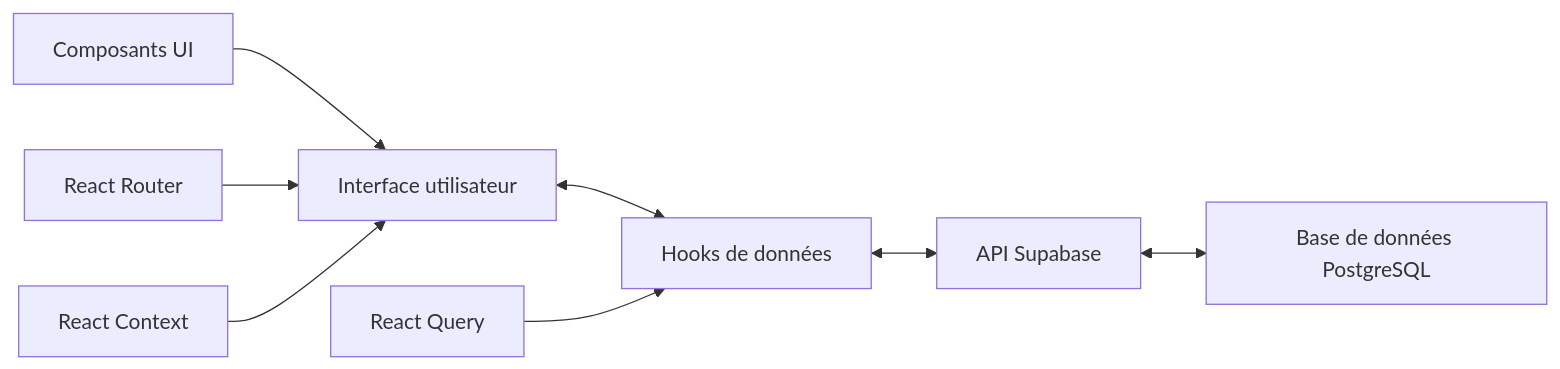
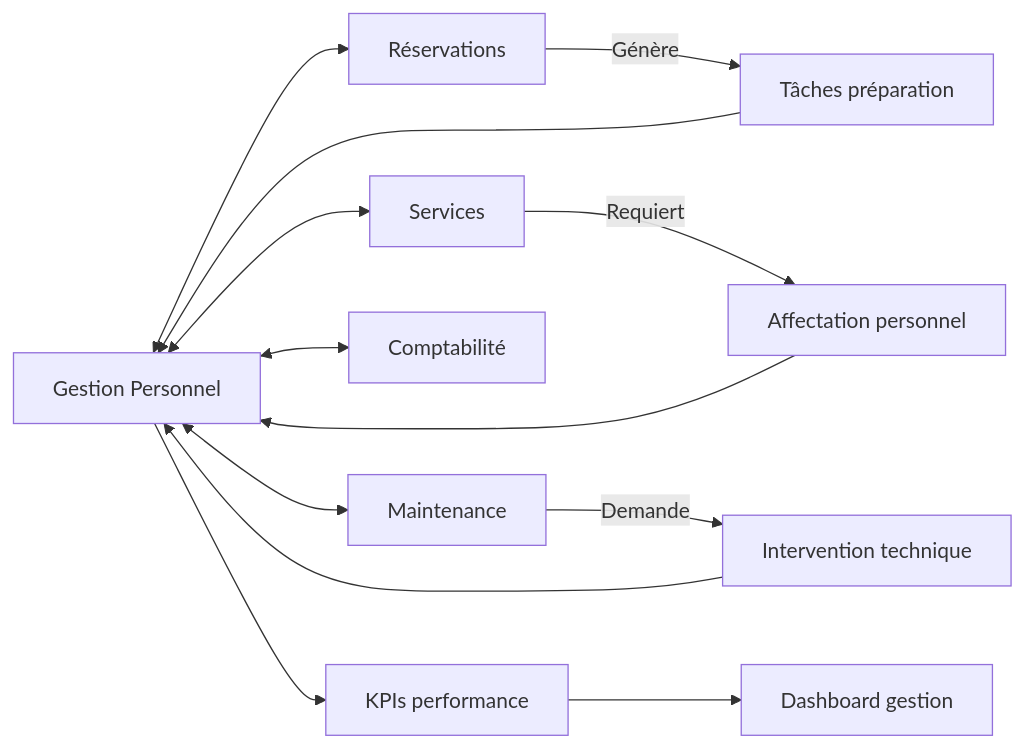
The fifth of 5 diagrams in src/docs/SystemWorkflow.md (IA-Marketings-Team/hotel-mate-systems), drawn with Mermaid before and after one commit. The commit also changed other lines of this file and 9 other files, not shown here.

````diff
--- a/src/docs/SystemWorkflow.md
+++ b/src/docs/SystemWorkflow.md
@@ -207,11 +133,18 @@
 ```mermaid
 flowchart LR
-    A[Interface utilisateur] <--> B[Hooks de données]
-    B <--> C[API Supabase]
-    C <--> D[Base de données PostgreSQL]
+    A[Gestion Personnel] <--> B[Réservations]
+    A <--> C[Services]
+    A <--> D[Maintenance]
+    A <--> E[Comptabilité]
     
-    E[Composants UI] --> A
-    F[React Router] --> A
-    G[React Context] --> A
-    H[React Query] --> B
+    B -->|Génère| F[Tâches préparation]
+    C -->|Requiert| G[Affectation personnel]
+    D -->|Demande| H[Intervention technique]
+    
+    F --> A
+    G --> A
+    H --> A
+    
+    A --> I[KPIs performance]
+    I --> J[Dashboard gestion]
 ```
````
